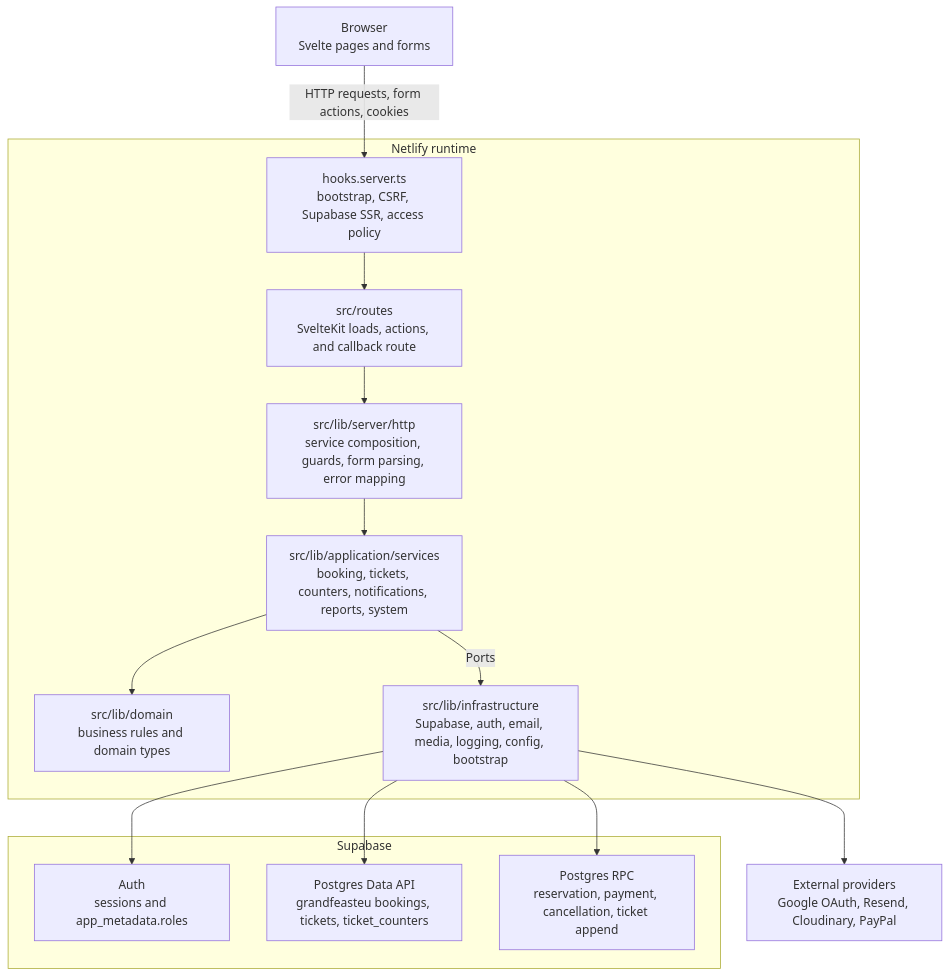
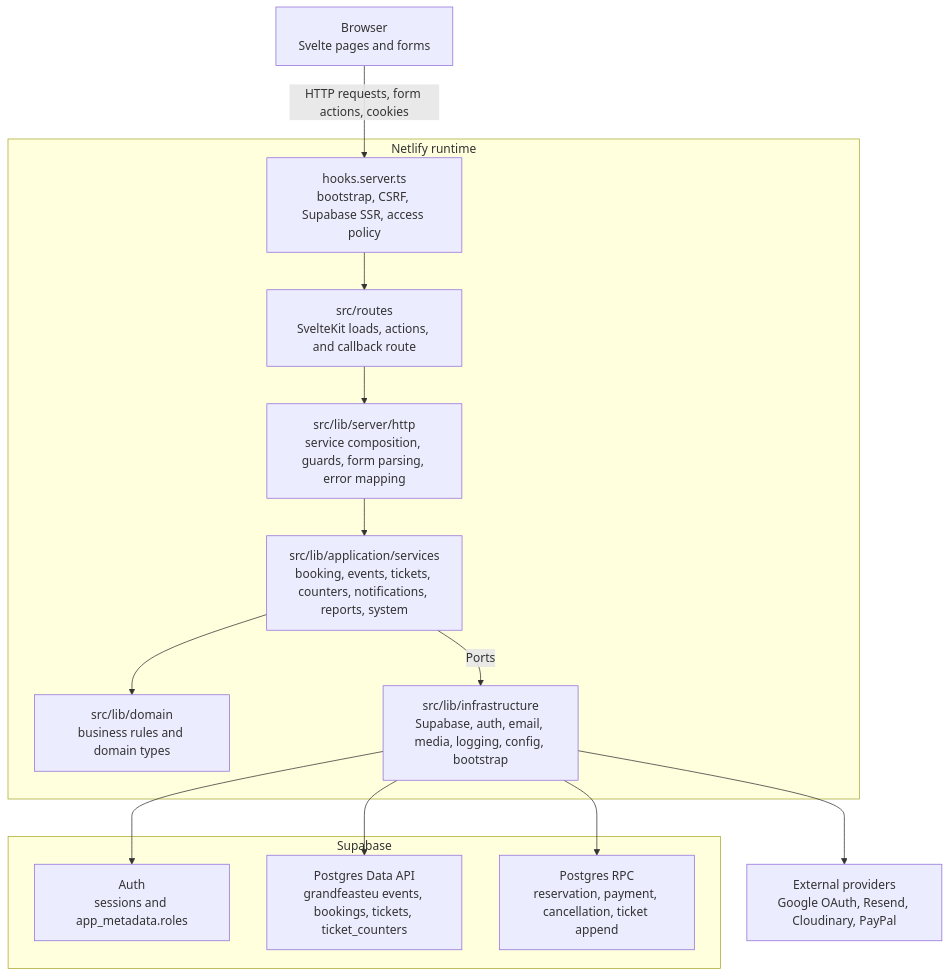
One commit to gretchel2025/gfeurope2 changed the second of 6 diagrams in docs/architecture.md. Above: the diagram before and after it, drawn with Mermaid. The commit also changed 23 other files, not shown here.

````diff
--- a/docs/architecture.md
+++ b/docs/architecture.md
@@ -48,32 +48,32 @@
 ```mermaid
 flowchart TB
     browser["Browser\nSvelte pages and forms"]
 
     subgraph netlify["Netlify runtime"]
         hooks["hooks.server.ts\nbootstrap, CSRF, Supabase SSR, access policy"]
         routes["src/routes\nSvelteKit loads, actions, and callback route"]
         http["src/lib/server/http\nservice composition, guards, form parsing, error mapping"]
-        appServices["src/lib/application/services\nbooking, tickets, counters, notifications, reports, system"]
+        appServices["src/lib/application/services\nbooking, events, tickets, counters, notifications, reports, system"]
         domain["src/lib/domain\nbusiness rules and domain types"]
         infra["src/lib/infrastructure\nSupabase, auth, email, media, logging, config, bootstrap"]
     end
 
     subgraph supabase["Supabase"]
         auth["Auth\nsessions and app_metadata.roles"]
-        data["Postgres Data API\ngrandfeasteu bookings, tickets, ticket_counters"]
+        data["Postgres Data API\ngrandfeasteu events, bookings, tickets, ticket_counters"]
         rpc["Postgres RPC\nreservation, payment, cancellation, ticket append"]
     end
 
     providers["External providers\nGoogle OAuth, Resend, Cloudinary, PayPal"]
 
     browser -->|"HTTP requests, form actions, cookies"| hooks
     hooks --> routes
     routes --> http
     http --> appServices
     appServices --> domain
     appServices -->|"Ports"| infra
     infra --> auth
     infra --> data
     infra --> rpc
     infra --> providers
 ```
````
